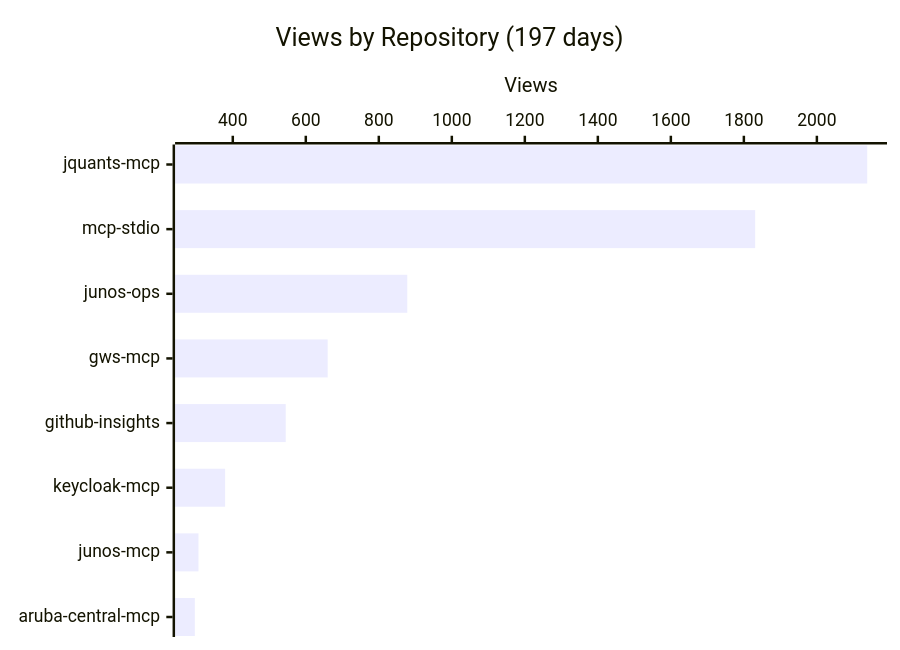
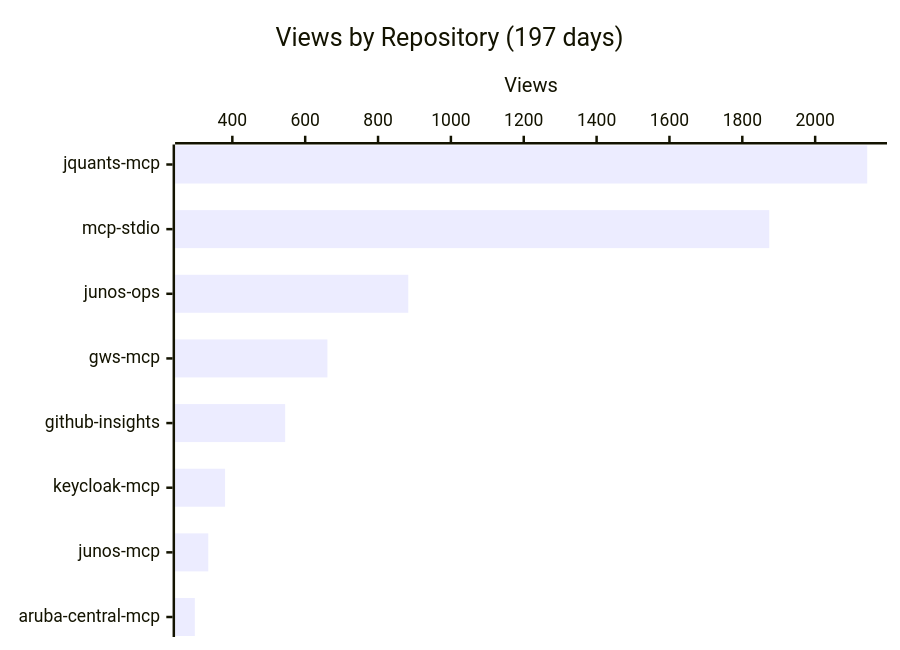
Before and after one commit to shigechika/github-insights: the first of 4 diagrams in README.md, drawn with Mermaid. The commit also changed other lines of this file and 2 other files, not shown here.

````diff
--- a/README.md
+++ b/README.md
@@ -18,7 +18,7 @@
 ```mermaid
 xychart-beta horizontal
     title "Views by Repository (197 days)"
     x-axis ["jquants-mcp", "mcp-stdio", "junos-ops", "gws-mcp", "github-insights", "keycloak-mcp", "junos-mcp", "aruba-central-mcp"]
     y-axis "Views"
-    bar [2138, 1831, 878, 660, 545, 379, 306, 296]
+    bar [2143, 1874, 883, 661, 545, 380, 334, 297]
 ```
````
